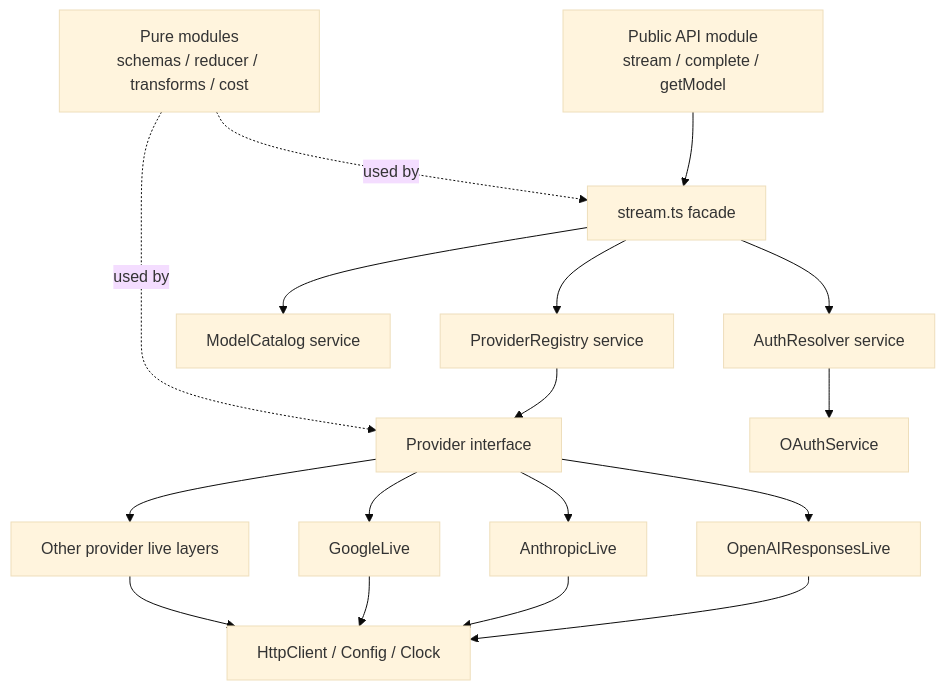
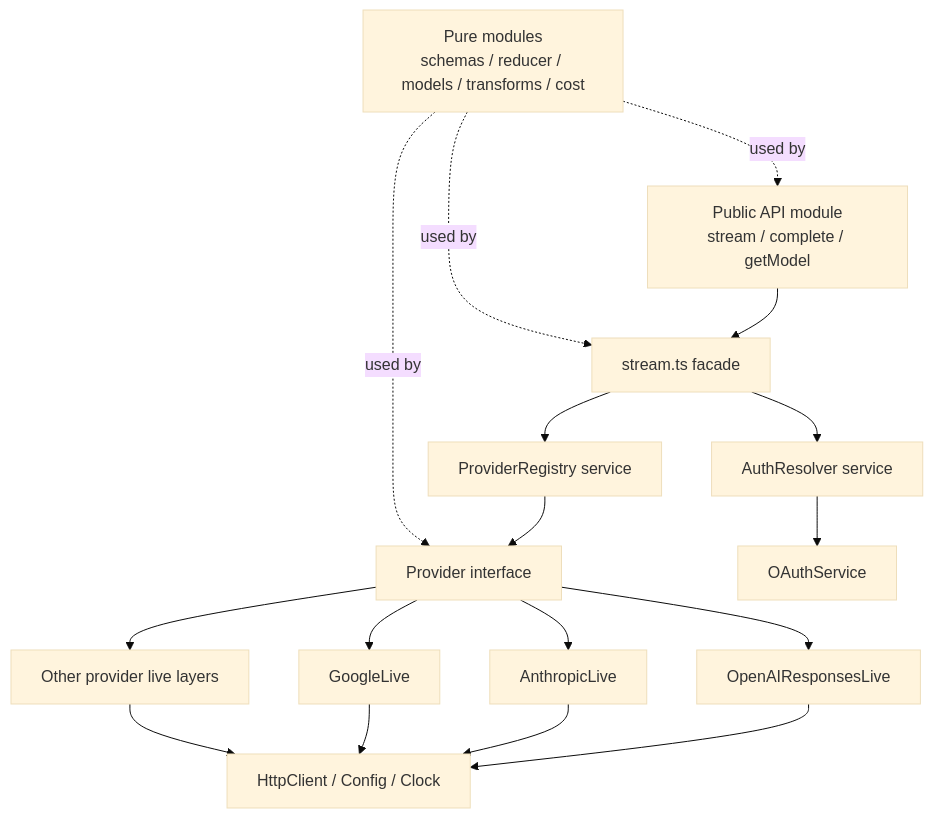
Before and after one commit to jeremyosih/pi-effect: the diagram in TODO.md, drawn with Mermaid (base theme). The commit also changed other lines of this file and 8 other files, not shown here.

````diff
--- a/TODO.md
+++ b/TODO.md
@@ -331,24 +334,24 @@
 ```mermaid
 flowchart TD
   A["Public API module\nstream / complete / getModel"] --> B["stream.ts facade"]
 
   B --> C["ProviderRegistry service"]
-  B --> D["ModelCatalog service"]
   B --> E["AuthResolver service"]
 
   C --> F["Provider interface"]
   F --> G["OpenAIResponsesLive"]
   F --> H["AnthropicLive"]
   F --> I["GoogleLive"]
   F --> J["Other provider live layers"]
 
   E --> K["OAuthService"]
 
   G --> L["HttpClient / Config / Clock"]
   H --> L
   I --> L
   J --> L
 
-  M["Pure modules\nschemas / reducer / transforms / cost"] -.used by.-> B
+  M["Pure modules\nschemas / reducer / models / transforms / cost"] -.used by.-> A
+  M -.used by.-> B
   M -.used by.-> F
 ```
````
